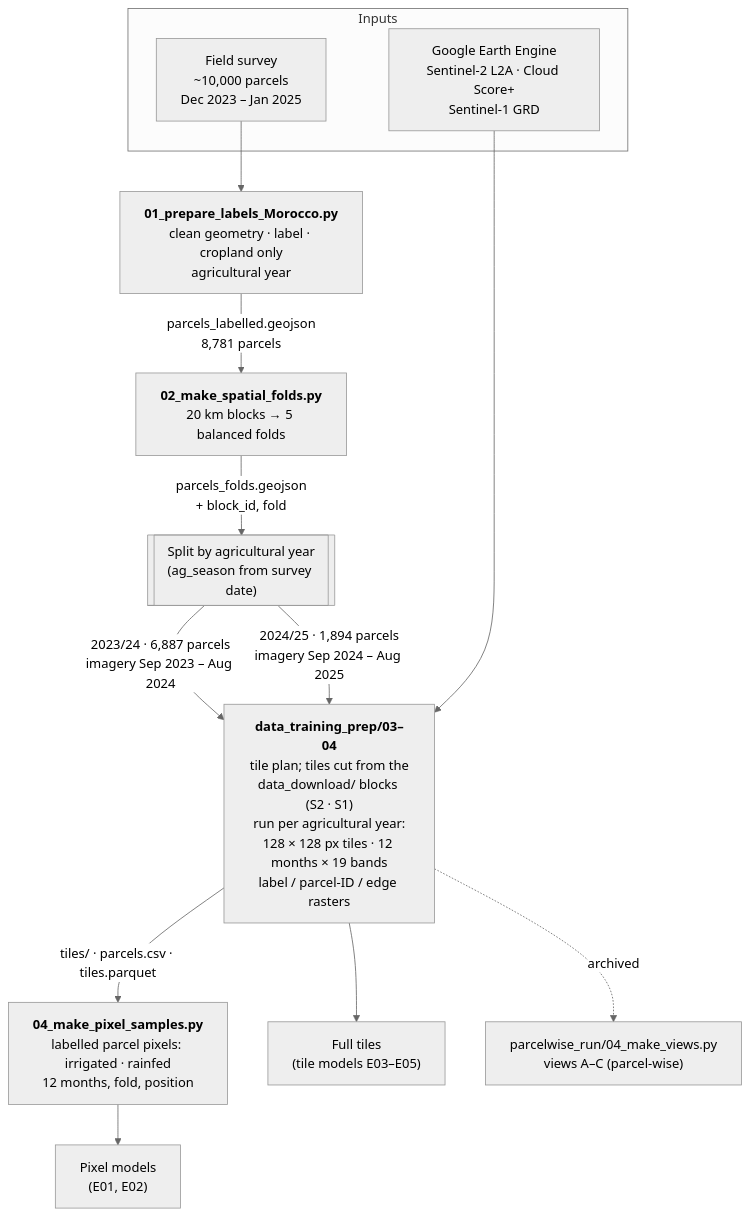
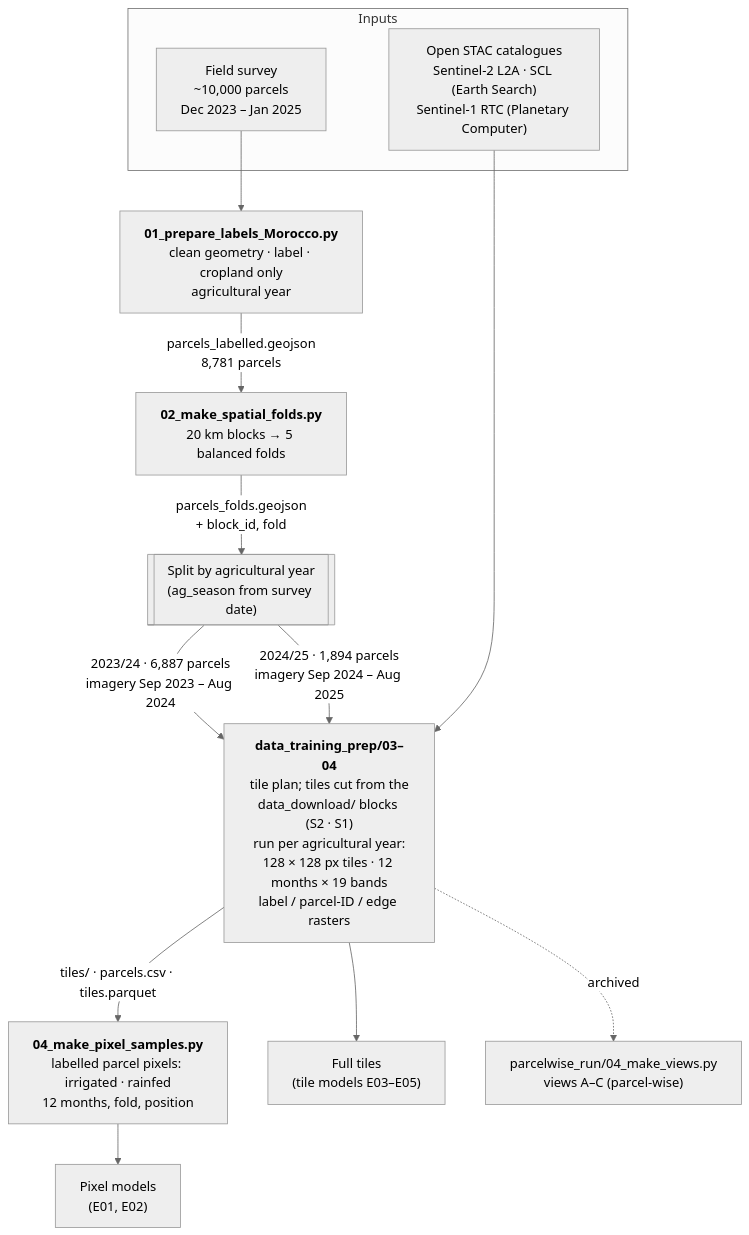
Before and after one commit to amanchry/irrimapping-geofm: the first of 10 diagrams in docs/phase1_data/morocco.md, drawn with Mermaid (neutral theme). The commit also changed other lines of this file and 22 other files, not shown here.

Commit message:
Dynamic World cropland block by block (resumable, VRT mosaic); S1/S2 from STAC New Earth Engine service account key

````diff
--- a/docs/phase1_data/morocco.md
+++ b/docs/phase1_data/morocco.md
@@ -33,18 +33,18 @@
 ```mermaid
 flowchart TD
     subgraph IN["Inputs"]
         FS["Field survey<br/>~10,000 parcels<br/>Dec 2023 – Jan 2025"]
-        GEE["Google Earth Engine<br/>Sentinel-2 L2A · Cloud Score+<br/>Sentinel-1 GRD"]
+        STAC["Open STAC catalogues<br/>Sentinel-2 L2A · SCL (Earth Search)<br/>Sentinel-1 RTC (Planetary Computer)"]
     end
 
     FS --> S01["<b>01_prepare_labels_Morocco.py</b><br/>clean geometry · label · cropland only<br/>agricultural year"]
     S01 -->|"parcels_labelled.geojson<br/>8,781 parcels"| S02["<b>02_make_spatial_folds.py</b><br/>20 km blocks → 5 balanced folds"]
     S02 -->|"parcels_folds.geojson<br/>+ block_id, fold"| SPLIT[["Split by agricultural year<br/>(ag_season from survey date)"]]
     SPLIT -->|"2023/24 · 6,887 parcels<br/>imagery Sep 2023 – Aug 2024"| S03["<b>data_training_prep/03–04</b><br/>tile plan; tiles cut from the<br/>data_download/ blocks (S2 · S1)<br/>run per agricultural year:<br/>128 × 128 px tiles · 12 months × 19 bands<br/>label / parcel-ID / edge rasters"]
     SPLIT -->|"2024/25 · 1,894 parcels<br/>imagery Sep 2024 – Aug 2025"| S03
-    GEE --> S03
+    STAC --> S03
     S03 -->|"tiles/ · parcels.csv · tiles.parquet"| S04["<b>04_make_pixel_samples.py</b><br/>labelled parcel pixels: irrigated · rainfed<br/>12 months, fold, position"]
     S04 --> PX["Pixel models<br/>(E01, E02)"]
     S03 --> VD["Full tiles<br/>(tile models E03–E05)"]
     S03 -.->|"archived"| S04A["parcelwise_run/04_make_views.py<br/>views A–C (parcel-wise)"]
 ```
````
